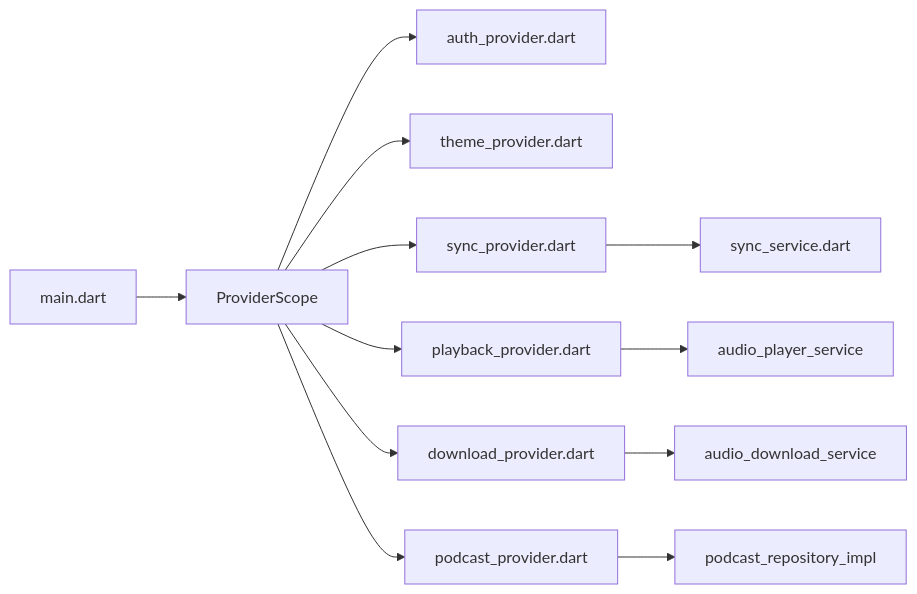
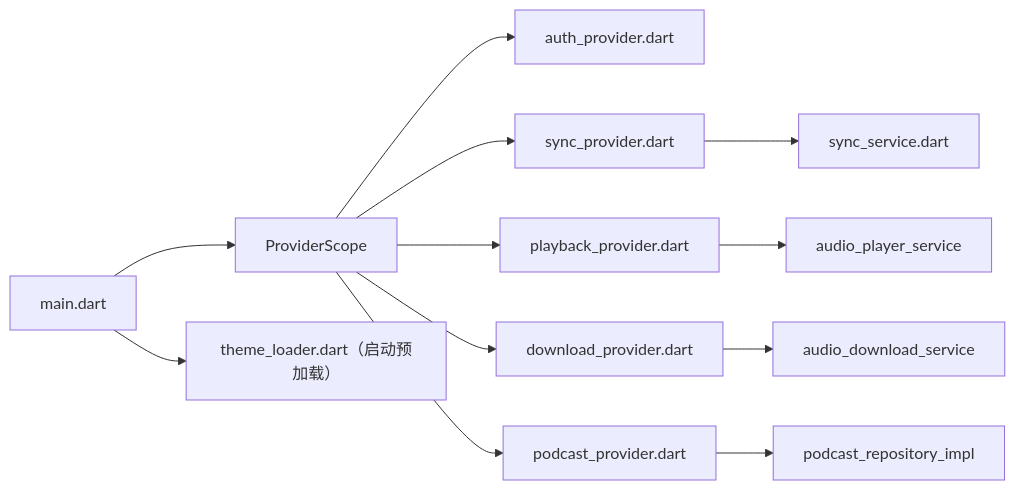
Before and after one commit to ZTfer/Tinycast: the seventh of 7 diagrams in .qoder/repowiki/zh/content/扩展开发/自定义功能开发/状态管理.md, drawn with Mermaid. The commit also changed other lines of this file and 1 other file, not shown here.

````diff
--- a/.qoder/repowiki/zh/content/扩展开发/自定义功能开发/状态管理.md
+++ b/.qoder/repowiki/zh/content/扩展开发/自定义功能开发/状态管理.md
@@ -338,14 +335,14 @@
 ```mermaid
 graph LR
 Main["main.dart"] --> Scope["ProviderScope"]
 Scope --> Auth["auth_provider.dart"]
-Scope --> Theme["theme_provider.dart"]
 Scope --> Sync["sync_provider.dart"]
 Scope --> Play["playback_provider.dart"]
 Scope --> Down["download_provider.dart"]
 Scope --> Pod["podcast_provider.dart"]
+Main --> ThemeLoader["theme_loader.dart（启动预加载）"]
 Sync --> SyncSvc["sync_service.dart"]
 Play --> AudioSvc["audio_player_service"]
 Down --> DLSvc["audio_download_service"]
 Pod --> Repo["podcast_repository_impl"]
 ```
````
